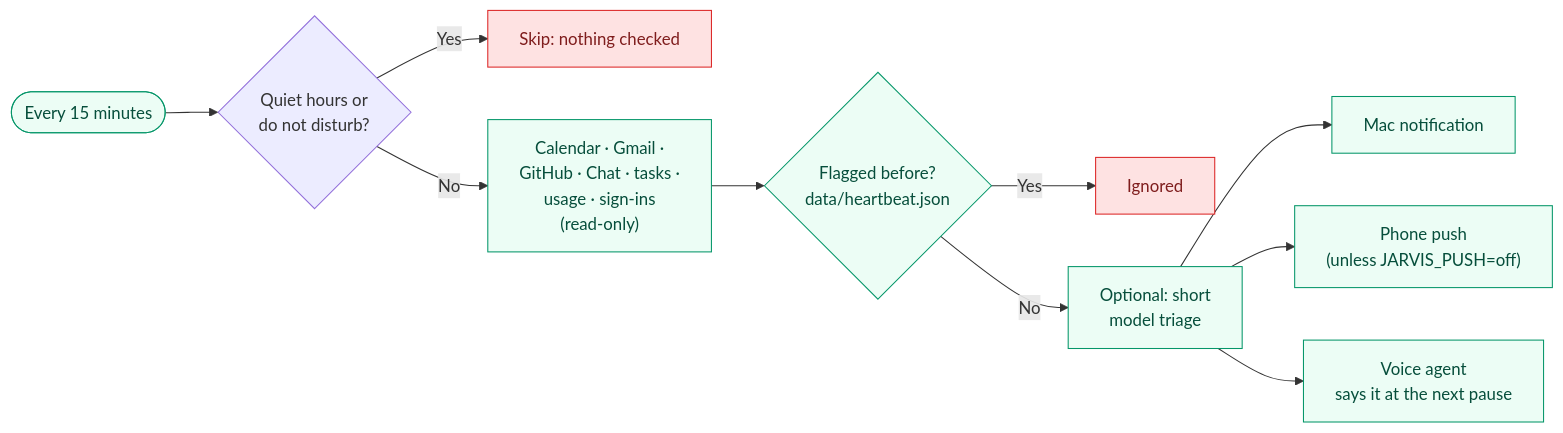
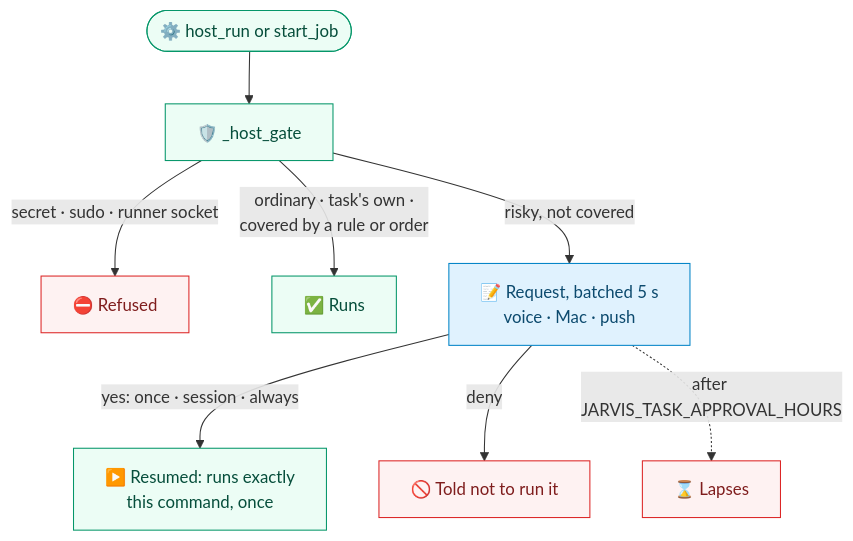
Before and after one commit to anilkumarmeena/alfred: the fifth of 6 diagrams in docs/architecture.md, drawn with Mermaid. The commit also changed other lines of this file and 13 other files, not shown here.

````diff
--- a/docs/architecture.md
+++ b/docs/architecture.md
@@ -1021,17 +510,17 @@
 ```mermaid
-flowchart LR
-    Timer(["Every 15 minutes"]) --> Quiet{"Quiet hours or<br/>do not disturb?"}
-    Quiet -- Yes --> Skip["Skip: nothing checked"]
-    Quiet -- No --> Sources["Calendar · Gmail ·<br/>GitHub · Chat · tasks ·<br/>usage · sign-ins<br/>(read-only)"]
-    Sources --> Seen{"Flagged before?<br/>data/heartbeat.json"}
-    Seen -- Yes --> Drop["Ignored"]
-    Seen -- No --> Triage["Optional: short<br/>model triage"]
-    Triage --> Notif["Mac notification"]
-    Triage --> Push["Phone push<br/>(unless JARVIS_PUSH=off)"]
-    Triage --> Agent["Voice agent<br/>says it at the next pause"]
+flowchart TB
+    C(["⚙️ host_run or start_job"]) --> G["🛡️ _host_gate"]
+    G -->|"secret · sudo · runner socket"| X["⛔ Refused"]
+    G -->|"ordinary · task's own ·<br/>covered by a rule or order"| Run["✅ Runs"]
+    G -->|"risky, not covered"| Req["📝 Request, batched 5 s<br/>voice · Mac · push"]
+    Req -->|"yes: once · session · always"| Res["▶️ Resumed: runs exactly<br/>this command, once"]
+    Req -->|deny| D["🚫 Told not to run it"]
+    Req -.->|"after JARVIS_TASK_APPROVAL_HOURS"| Lapse["⌛ Lapses"]
 
-    classDef local fill:#ecfdf5,stroke:#059669,color:#064e3b
-    classDef stop fill:#fee2e2,stroke:#dc2626,color:#7f1d1d
-    class Timer,Sources,Seen,Triage,Notif,Push,Agent local
-    class Skip,Drop stop
+    classDef you fill:#e0f2fe,stroke:#0284c7,color:#0c4a6e
+    classDef mac fill:#ecfdf5,stroke:#059669,color:#064e3b
+    classDef warn fill:#fef2f2,stroke:#dc2626,color:#7f1d1d
+    class C,G,Run,Res mac
+    class Req you
+    class X,D,Lapse warn
 ```
````
